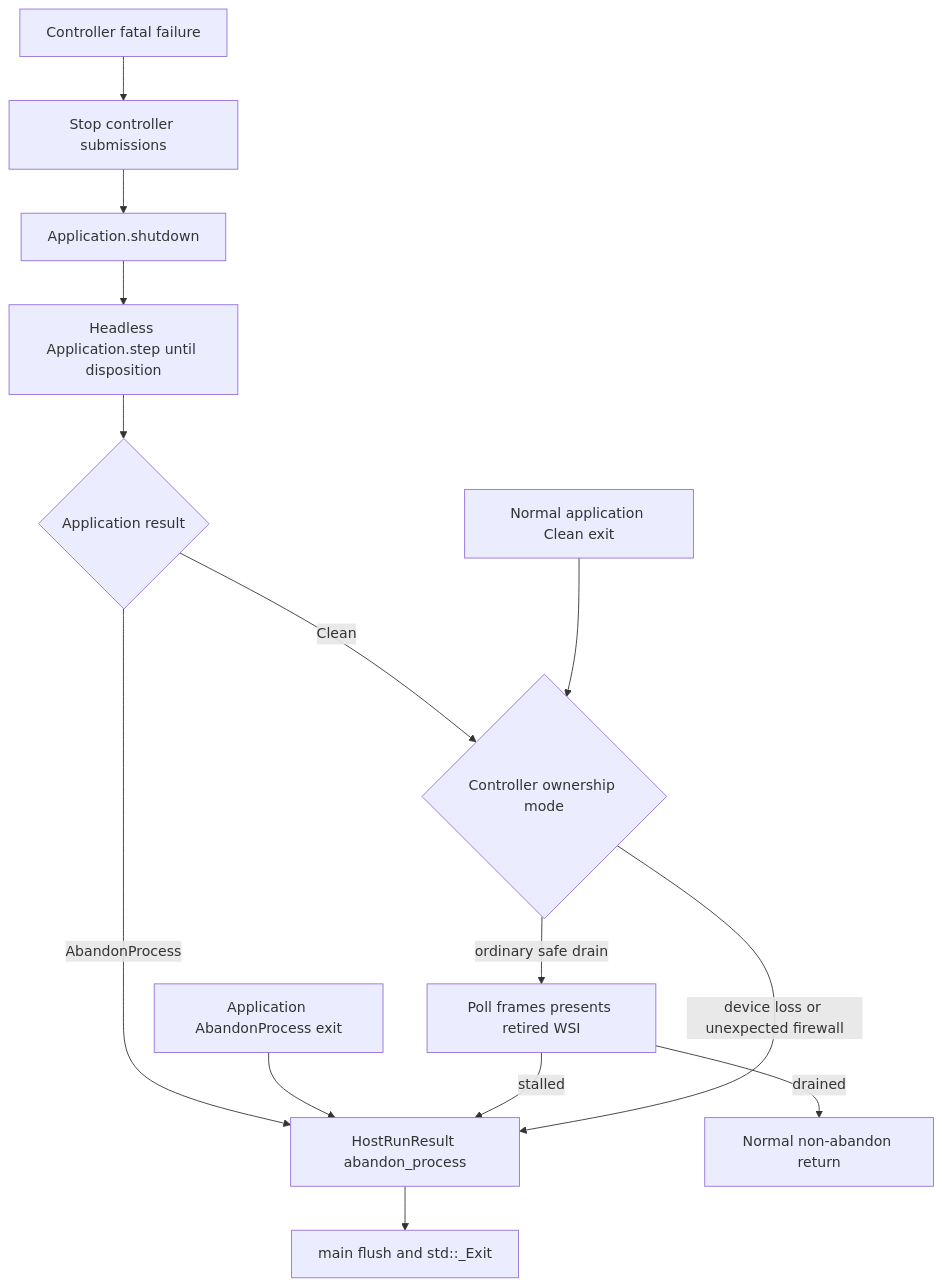
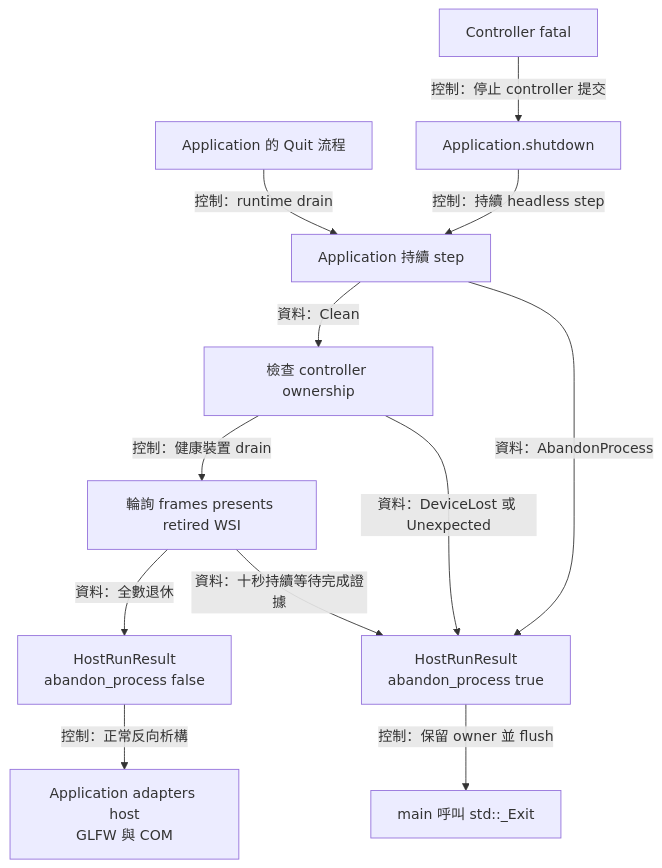
Before and after one commit to Mes0903/avb0795: the ninth of 9 diagrams in docs/architecture/desktop-host.md, drawn with Mermaid. The commit also changed other lines of this file and 156 other files, not shown here.

````diff
--- a/docs/architecture/desktop-host.md
+++ b/docs/architecture/desktop-host.md
@@ -129,16 +294,14 @@
 ```mermaid
 flowchart TD
-    Failure[Controller fatal failure] --> Stop[Stop controller submissions]
-    Stop --> AppStop[Application.shutdown]
-    AppStop --> Headless[Headless Application.step until disposition]
-    Headless --> AppResult{Application result}
-    AppResult -->|AbandonProcess| Abandon[HostRunResult abandon_process]
-    AppResult -->|Clean| Controller{Controller ownership mode}
-    Normal[Normal application Clean exit] --> Controller
-    AppAbandon[Application AbandonProcess exit] --> Abandon
-    Controller -->|ordinary safe drain| Drain[Poll frames presents retired WSI]
-    Drain -->|drained| Return[Normal non-abandon return]
-    Drain -->|stalled| Abandon
-    Controller -->|device loss or unexpected firewall| Abandon
-    Abandon --> Exit[main flush and std::_Exit]
+    Quit[Application 的 Quit 流程] -->|控制：runtime drain| App[Application 持續 step]
+    Fatal[Controller fatal] -->|控制：停止 controller 提交| Stop[Application.shutdown]
+    Stop -->|控制：持續 headless step| App
+    App -->|資料：Clean| Controller[檢查 controller ownership]
+    App -->|資料：AbandonProcess| Abandon[HostRunResult<br/>abandon_process true]
+    Controller -->|控制：健康裝置 drain| Poll[輪詢 frames presents retired WSI]
+    Poll -->|資料：全數退休| Return[HostRunResult<br/>abandon_process false]
+    Poll -->|資料：十秒持續等待完成證據| Abandon
+    Controller -->|資料：DeviceLost 或 Unexpected| Abandon
+    Return -->|控制：正常反向析構| Unwind[Application adapters host<br/>GLFW 與 COM]
+    Abandon -->|控制：保留 owner 並 flush| Exit[main 呼叫 std::_Exit]
 ```
````
